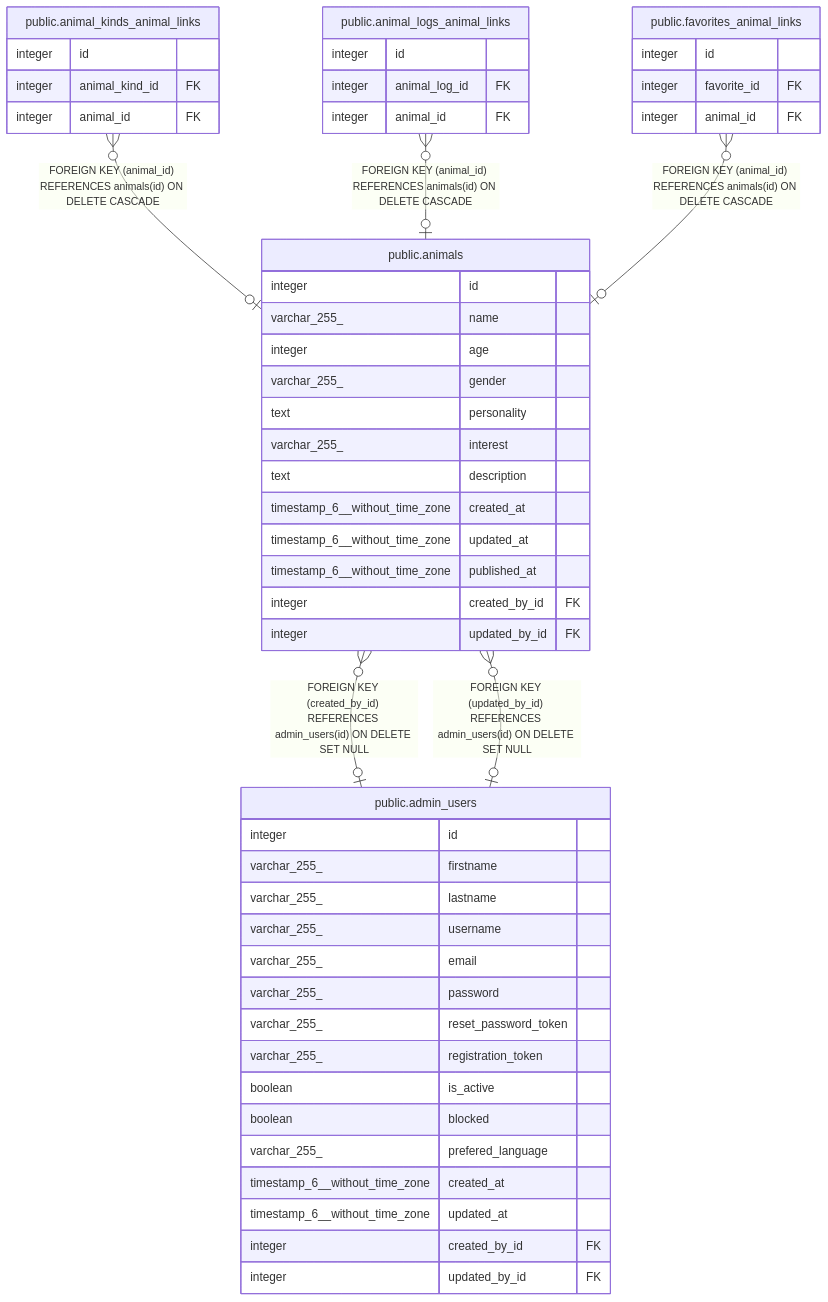
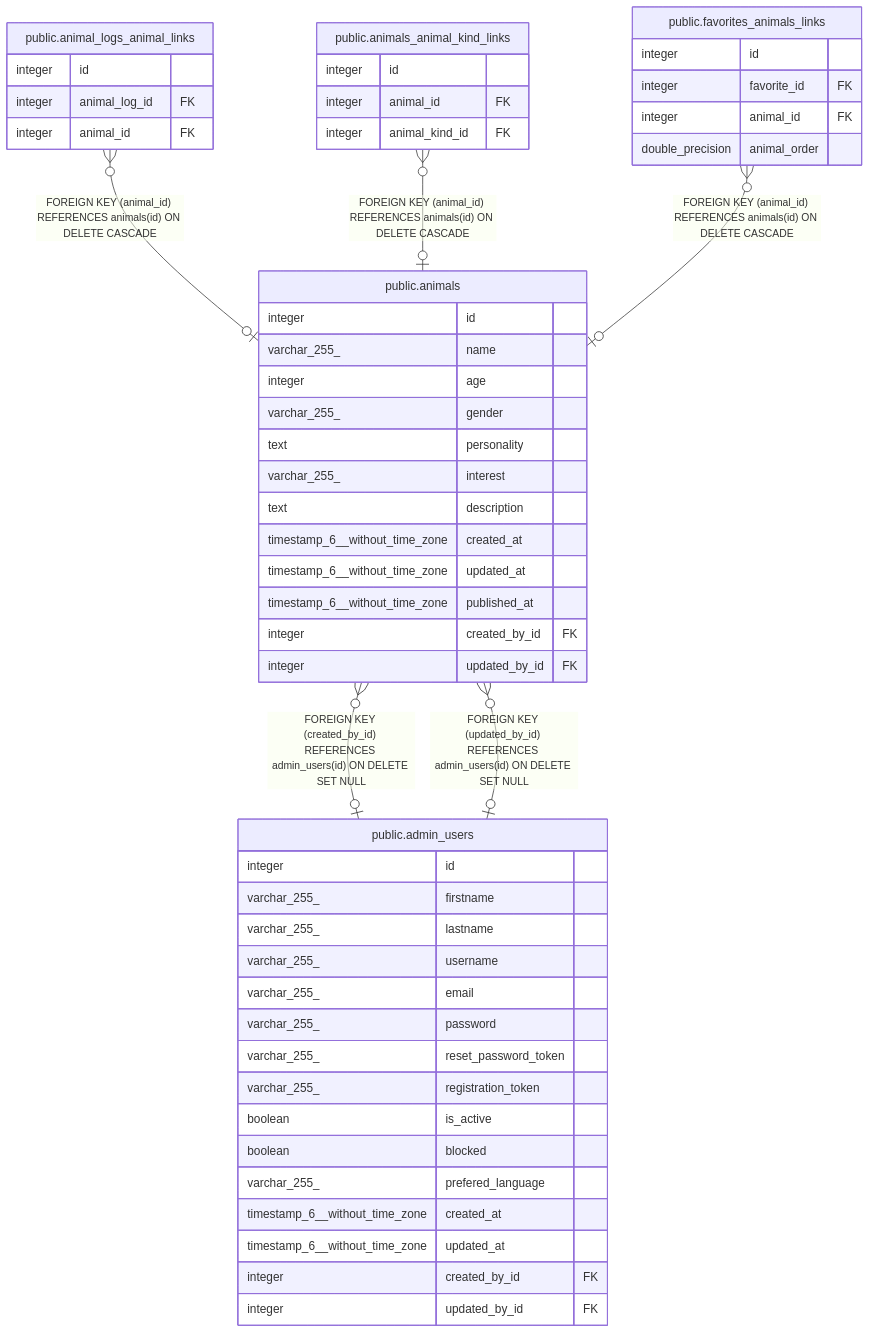
The diagram in docs/dbschema/public.animals.md (mosamosamosamosa/Anitection), drawn with Mermaid before and after one commit. The commit also changed other lines of this file and 20 other files, not shown here.

````diff
--- a/docs/dbschema/public.animals.md
+++ b/docs/dbschema/public.animals.md
@@ -40,56 +40,57 @@
 ```mermaid
 erDiagram
 
-"public.animal_kinds_animal_links" }o--o| "public.animals" : "FOREIGN KEY (animal_id) REFERENCES animals(id) ON DELETE CASCADE"
 "public.animal_logs_animal_links" }o--o| "public.animals" : "FOREIGN KEY (animal_id) REFERENCES animals(id) ON DELETE CASCADE"
-"public.favorites_animal_links" }o--o| "public.animals" : "FOREIGN KEY (animal_id) REFERENCES animals(id) ON DELETE CASCADE"
+"public.animals_animal_kind_links" }o--o| "public.animals" : "FOREIGN KEY (animal_id) REFERENCES animals(id) ON DELETE CASCADE"
+"public.favorites_animals_links" }o--o| "public.animals" : "FOREIGN KEY (animal_id) REFERENCES animals(id) ON DELETE CASCADE"
 "public.animals" }o--o| "public.admin_users" : "FOREIGN KEY (created_by_id) REFERENCES admin_users(id) ON DELETE SET NULL"
 "public.animals" }o--o| "public.admin_users" : "FOREIGN KEY (updated_by_id) REFERENCES admin_users(id) ON DELETE SET NULL"
 
 "public.animals" {
   integer id
   varchar_255_ name
   integer age
   varchar_255_ gender
   text personality
   varchar_255_ interest
   text description
   timestamp_6__without_time_zone created_at
   timestamp_6__without_time_zone updated_at
   timestamp_6__without_time_zone published_at
   integer created_by_id FK
   integer updated_by_id FK
 }
-"public.animal_kinds_animal_links" {
-  integer id
-  integer animal_kind_id FK
-  integer animal_id FK
-}
 "public.animal_logs_animal_links" {
   integer id
   integer animal_log_id FK
   integer animal_id FK
 }
-"public.favorites_animal_links" {
+"public.animals_animal_kind_links" {
+  integer id
+  integer animal_id FK
+  integer animal_kind_id FK
+}
+"public.favorites_animals_links" {
   integer id
   integer favorite_id FK
   integer animal_id FK
+  double_precision animal_order
 }
 "public.admin_users" {
   integer id
   varchar_255_ firstname
   varchar_255_ lastname
   varchar_255_ username
   varchar_255_ email
   varchar_255_ password
   varchar_255_ reset_password_token
   varchar_255_ registration_token
   boolean is_active
   boolean blocked
   varchar_255_ prefered_language
   timestamp_6__without_time_zone created_at
   timestamp_6__without_time_zone updated_at
   integer created_by_id FK
   integer updated_by_id FK
 }
 ```
````
